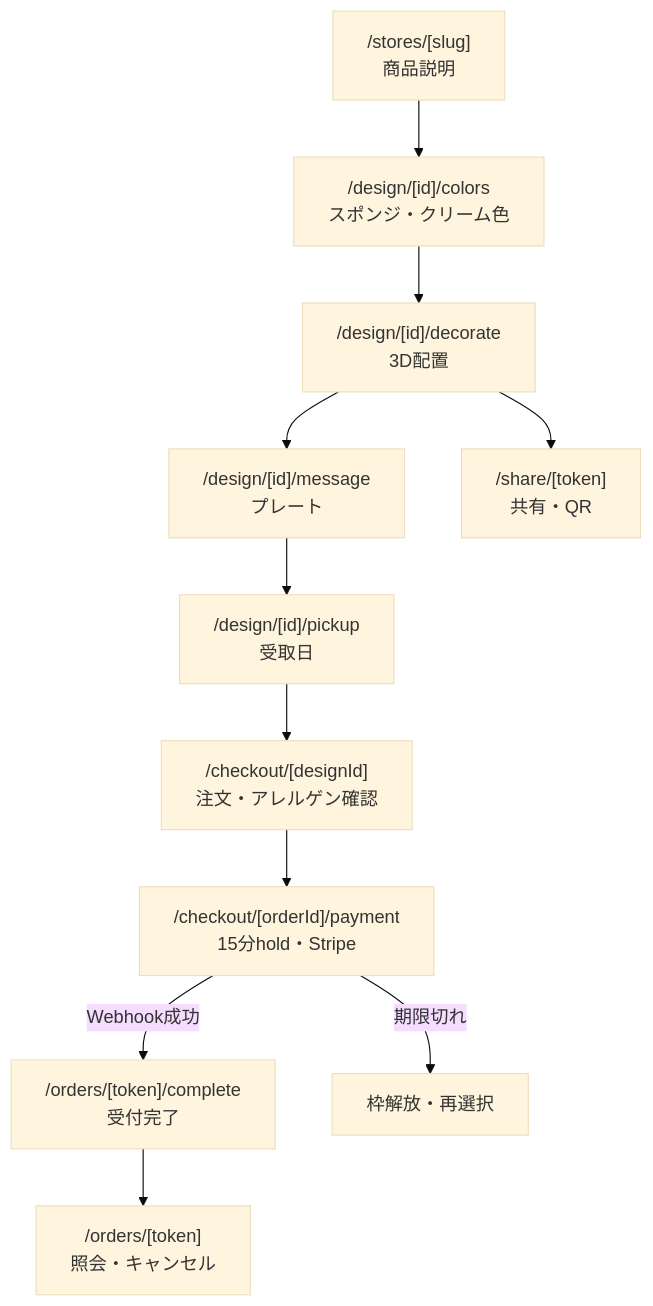
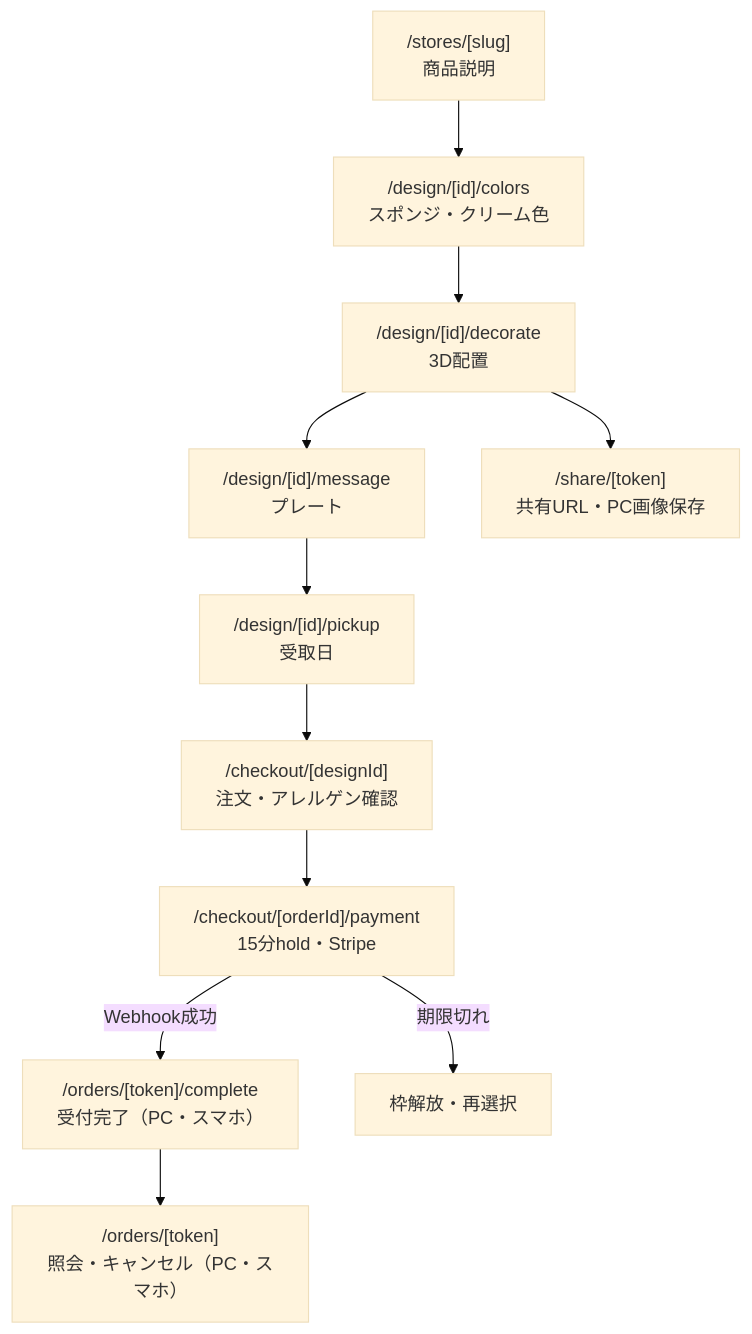
One commit to fruehlingstee/HEW_2026 changed the first of 3 diagrams in plan/issue-reference/07-screen-flow.md. Above: the diagram before and after it, drawn with Mermaid (base theme). The commit also changed other lines of this file and 6 other files, not shown here.

````diff
--- a/plan/issue-reference/07-screen-flow.md
+++ b/plan/issue-reference/07-screen-flow.md
@@ -7,13 +22,13 @@
 ```mermaid
 flowchart TD
     A["/stores/[slug]<br>商品説明"] --> B["/design/[id]/colors<br>スポンジ・クリーム色"]
     B --> C["/design/[id]/decorate<br>3D配置"]
     C --> D["/design/[id]/message<br>プレート"]
     D --> E["/design/[id]/pickup<br>受取日"]
     E --> F["/checkout/[designId]<br>注文・アレルゲン確認"]
     F --> G["/checkout/[orderId]/payment<br>15分hold・Stripe"]
-    G -->|Webhook成功| H["/orders/[token]/complete<br>受付完了"]
+    G -->|Webhook成功| H["/orders/[token]/complete<br>受付完了（PC・スマホ）"]
     G -->|期限切れ| X["枠解放・再選択"]
-    H --> I["/orders/[token]<br>照会・キャンセル"]
-    C --> S["/share/[token]<br>共有・QR"]
+    H --> I["/orders/[token]<br>照会・キャンセル（PC・スマホ）"]
+    C --> S["/share/[token]<br>共有URL・PC画像保存"]
 ```
````
